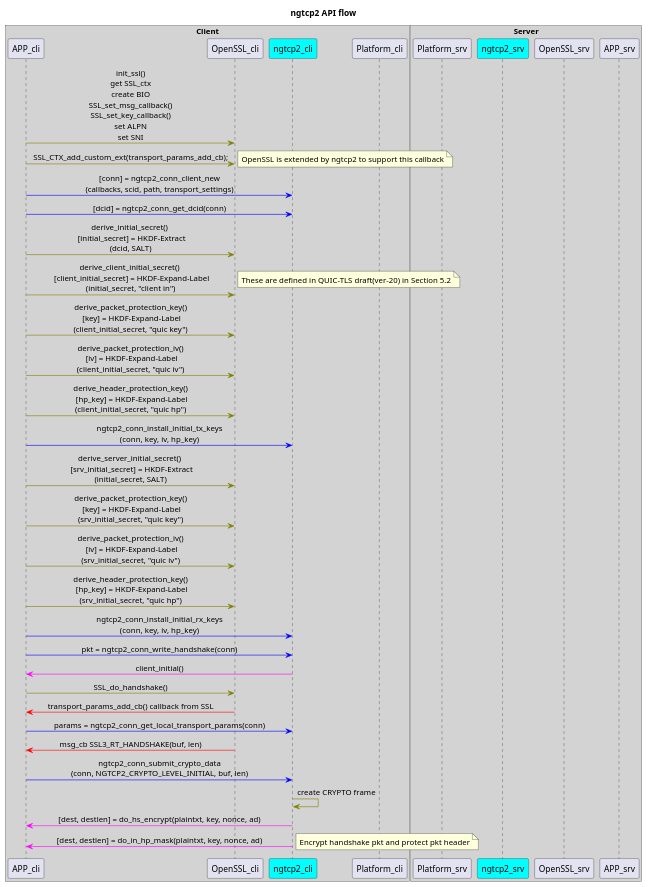
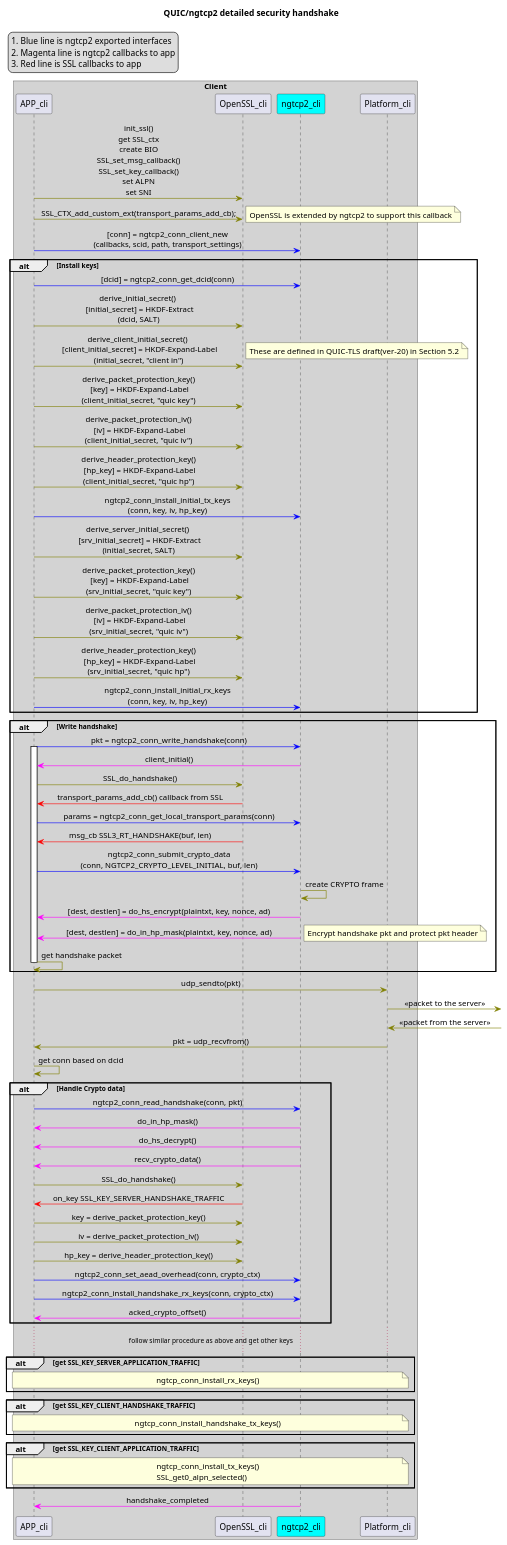
One commit to nyrahul/ngtcp2-helper changed the diagram in res/ngtcp2-handshake.puml. Above: the diagram before and after it, drawn with PlantUML. The commit also changed 1 other file, not shown here.

```diff
--- a/res/ngtcp2-handshake.puml
+++ b/res/ngtcp2-handshake.puml
@@ -1,76 +1,121 @@
 @startuml
 
 skinparam sequenceMessageAlign center
 
 skinparam sequence {
     ArrowColor Olive
 }
 
-title ngtcp2 API flow
+title QUIC/ngtcp2 detailed security handshake
 
 box "Client" #LightGray
 participant APP_cli as APPc
 participant OpenSSL_cli as SSLc
 participant ngtcp2_cli as ngc #00ffff
 participant Platform_cli as Pc
 end box
 
-box "Server" #LightGray
-participant Platform_srv as Ps
-participant ngtcp2_srv as ngs #00ffff
-participant OpenSSL_srv as SSLs
-participant APP_srv as APPs
-end box
+' box "Server" #LightGray
+' participant Platform_srv as Ps
+' participant ngtcp2_srv as ngs #00ffff
+' participant OpenSSL_srv as SSLs
+' participant APP_srv as APPs
+' end box
 
 APPc -> SSLc: init_ssl()\nget SSL_ctx\ncreate BIO\nSSL_set_msg_callback()\nSSL_set_key_callback()\nset ALPN\nset SNI
 APPc -> SSLc: SSL_CTX_add_custom_ext(transport_params_add_cb);
 note right
 OpenSSL is extended by ngtcp2 to support this callback
 end note
 
-'activate ngc
-'activate APPc
 APPc [#blue]-> ngc: [conn] = ngtcp2_conn_client_new\n(callbacks, scid, path, transport_settings)
+alt Install keys
 APPc [#blue]-> ngc: [dcid] = ngtcp2_conn_get_dcid(conn)
 APPc -> SSLc: derive_initial_secret() \n [initial_secret] = HKDF-Extract\n(dcid, SALT)
 APPc -> SSLc: derive_client_initial_secret() \n [client_initial_secret] = HKDF-Expand-Label\n(initial_secret, "client in")
 note right
 These are defined in QUIC-TLS draft(ver-20) in Section 5.2
 end note
 APPc -> SSLc: derive_packet_protection_key()\n [key] = HKDF-Expand-Label\n(client_initial_secret, "quic key")
 APPc -> SSLc: derive_packet_protection_iv()\n [iv] = HKDF-Expand-Label\n(client_initial_secret, "quic iv")
 APPc -> SSLc: derive_header_protection_key()\n [hp_key] = HKDF-Expand-Label\n(client_initial_secret, "quic hp")
 APPc [#blue]-> ngc: ngtcp2_conn_install_initial_tx_keys\n(conn, key, iv, hp_key)
 
 APPc -> SSLc: derive_server_initial_secret() \n [srv_initial_secret] = HKDF-Extract\n(initial_secret, SALT)
 APPc -> SSLc: derive_packet_protection_key()\n [key] = HKDF-Expand-Label\n(srv_initial_secret, "quic key")
 APPc -> SSLc: derive_packet_protection_iv()\n [iv] = HKDF-Expand-Label\n(srv_initial_secret, "quic iv")
 APPc -> SSLc: derive_header_protection_key()\n [hp_key] = HKDF-Expand-Label\n(srv_initial_secret, "quic hp")
 APPc [#blue]-> ngc: ngtcp2_conn_install_initial_rx_keys\n(conn, key, iv, hp_key)
+end alt
 
+alt Write handshake
 APPc [#blue]-> ngc: pkt = ngtcp2_conn_write_handshake(conn)
-'deactivate ngc
-'deactivate APPc
-
-'activate ngc
-'activate APPc
+activate APPc
 ngc [#magenta]-> APPc: client_initial()
 APPc -> SSLc: SSL_do_handshake()
 SSLc [#red]-> APPc: transport_params_add_cb() callback from SSL
 APPc [#blue]-> ngc: params = ngtcp2_conn_get_local_transport_params(conn)
 SSLc [#red]-> APPc: msg_cb SSL3_RT_HANDSHAKE(buf, len)
 APPc [#blue]-> ngc: ngtcp2_conn_submit_crypto_data\n(conn, NGTCP2_CRYPTO_LEVEL_INITIAL, buf, len)
 ngc -> ngc: create CRYPTO frame
 ngc [#magenta]-> APPc: [dest, destlen] = do_hs_encrypt(plaintxt, key, nonce, ad)
 ngc [#magenta]-> APPc: [dest, destlen] = do_in_hp_mask(plaintxt, key, nonce, ad)
 note right
 Encrypt handshake pkt and protect pkt header
 end note
-'deactivate ngc
-'deactivate APPc
+APPc -> APPc: get handshake packet
+deactivate APPc
+end alt
+APPc -> Pc: udp_sendto(pkt)
+Pc ->]: << packet to the server >>
+]-> Pc: << packet from the server >>
+Pc -> APPc: pkt = udp_recvfrom()
+APPc -> APPc: get conn based on dcid
+alt Handle Crypto data
+APPc [#blue]-> ngc: ngtcp2_conn_read_handshake(conn, pkt)
+ngc [#magenta]-> APPc: do_in_hp_mask()
+ngc [#magenta]-> APPc: do_hs_decrypt()
+ngc [#magenta]-> APPc: recv_crypto_data()
+APPc -> SSLc: SSL_do_handshake()
+SSLc [#red]-> APPc: on_key SSL_KEY_SERVER_HANDSHAKE_TRAFFIC
+APPc -> SSLc: key = derive_packet_protection_key()
+APPc -> SSLc: iv = derive_packet_protection_iv()
+APPc -> SSLc: hp_key = derive_header_protection_key()
+APPc [#blue]-> ngc: ngtcp2_conn_set_aead_overhead(conn, crypto_ctx)
+APPc [#blue]-> ngc: ngtcp2_conn_install_handshake_rx_keys(conn, crypto_ctx)
+ngc [#magenta]-> APPc: acked_crypto_offset()
+end alt
 
+... follow similar procedure as above and get other keys ...
+
+alt get SSL_KEY_SERVER_APPLICATION_TRAFFIC
+note over APPc, Pc
+ngtcp_conn_install_rx_keys()
+end note
+end alt
+
+alt get SSL_KEY_CLIENT_HANDSHAKE_TRAFFIC
+note over APPc, Pc
+ngtcp_conn_install_handshake_tx_keys()
+end note
+end alt
+
+alt get SSL_KEY_CLIENT_APPLICATION_TRAFFIC
+note over APPc, Pc
+ngtcp_conn_install_tx_keys()
+SSL_get0_alpn_selected()
+end note
+end alt
+
+ngc [#magenta]-> APPc: handshake_completed
+
+legend top left
+    1. Blue line is ngtcp2 exported interfaces
+    2. Magenta line is ngtcp2 callbacks to app
+    3. Red line is SSL callbacks to app
+endlegend
 
 
 ' add note here for legends
 
 @enduml
```
